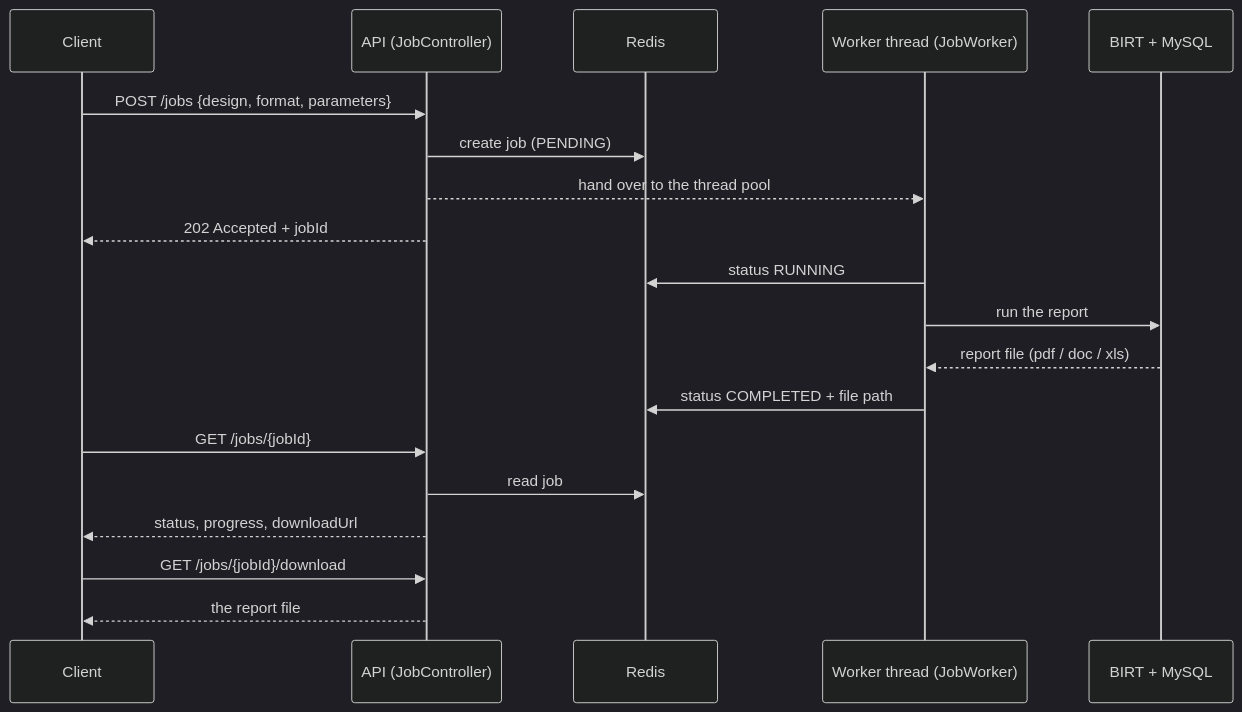
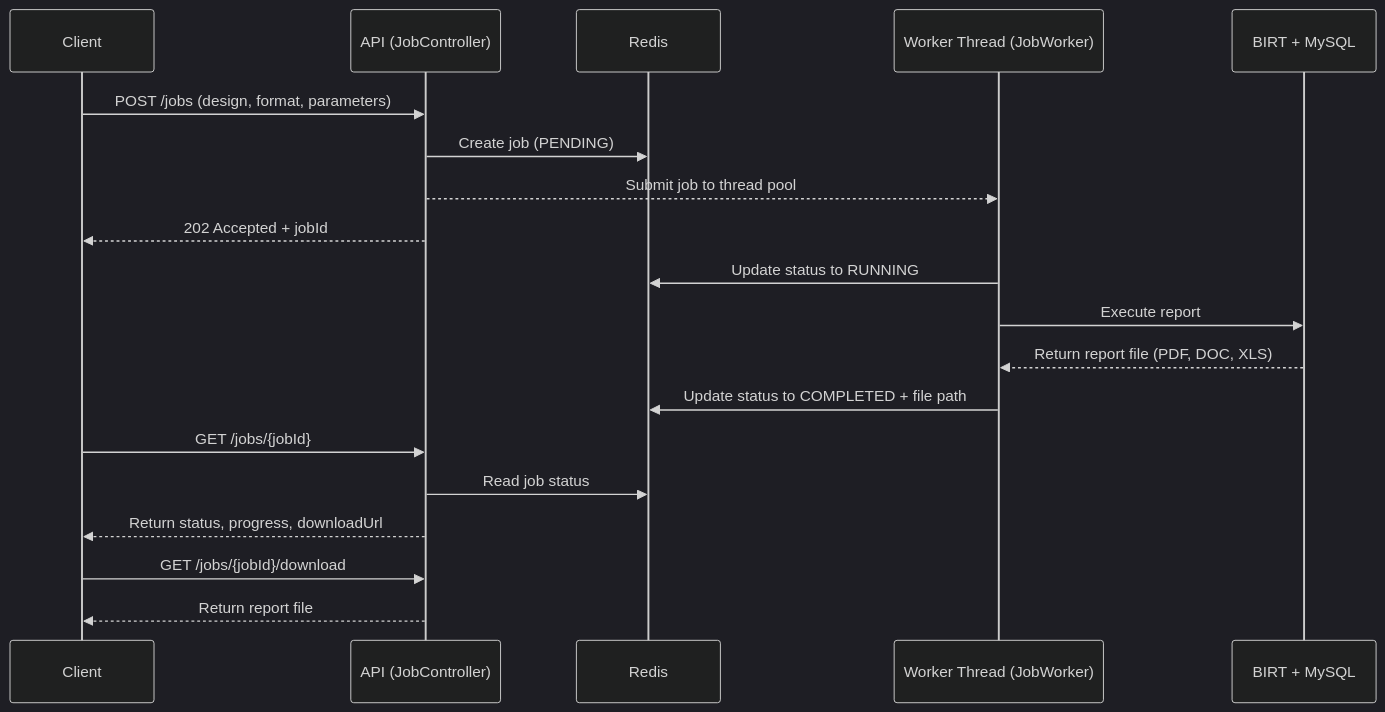
Before and after one commit to abdul-hafeez12/spring-birt-report-jobs-async: the first of 2 diagrams in README.md, drawn with Mermaid (dark theme).

````diff
--- a/README.md
+++ b/README.md
@@ -47,22 +47,25 @@
 ```mermaid
 sequenceDiagram
     participant C as Client
     participant A as API (JobController)
     participant R as Redis
-    participant W as Worker thread (JobWorker)
+    participant W as Worker Thread (JobWorker)
     participant B as BIRT + MySQL
 
-    C->>A: POST /jobs {design, format, parameters}
-    A->>R: create job (PENDING)
-    A-->>W: hand over to the thread pool
+    C->>A: POST /jobs (design, format, parameters)
+    A->>R: Create job (PENDING)
+    A-->>W: Submit job to thread pool
     A-->>C: 202 Accepted + jobId
-    W->>R: status RUNNING
-    W->>B: run the report
-    B-->>W: report file (pdf / doc / xls)
-    W->>R: status COMPLETED + file path
+
+    W->>R: Update status to RUNNING
+    W->>B: Execute report
+    B-->>W: Return report file (PDF, DOC, XLS)
+    W->>R: Update status to COMPLETED + file path
+
     C->>A: GET /jobs/{jobId}
-    A->>R: read job
-    A-->>C: status, progress, downloadUrl
+    A->>R: Read job status
+    A-->>C: Return status, progress, downloadUrl
+
     C->>A: GET /jobs/{jobId}/download
-    A-->>C: the report file
+    A-->>C: Return report file
 ```
````
